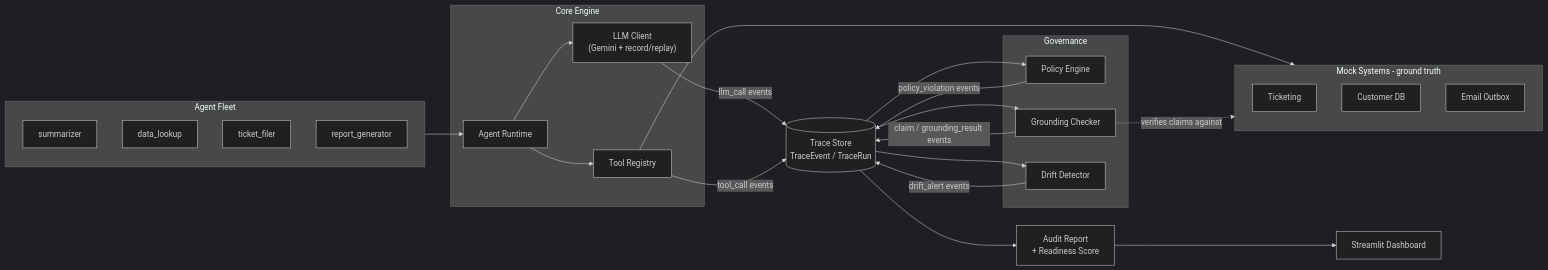
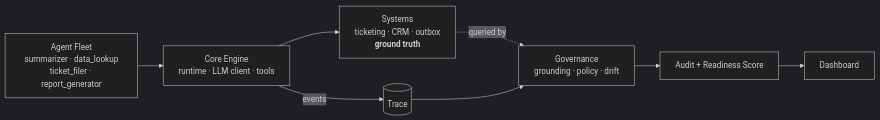
Before and after one commit to anindyakartik/Witness-AI: the diagram in README.md, drawn with Mermaid (dark theme). The commit also changed other lines of this file and 1 other file, not shown here.

````diff
--- a/README.md
+++ b/README.md
@@ -46,48 +53,9 @@
 ```mermaid
 flowchart LR
-    subgraph Fleet["Agent Fleet"]
-        A1[summarizer]
-        A2[data_lookup]
-        A3[ticket_filer]
-        A4[report_generator]
-    end
-
-    subgraph Core["Core Engine"]
-        RT[Agent Runtime]
-        LLM["LLM Client<br/>(Gemini + record/replay)"]
-        Tools[Tool Registry]
-    end
-
-    subgraph Mocks["Mock Systems - ground truth"]
-        M1[Ticketing]
-        M2[Customer DB]
-        M3[Email Outbox]
-    end
-
-    Trace[("Trace Store<br/>TraceEvent / TraceRun")]
-
-    subgraph Governance
-        Policy[Policy Engine]
-        Grounding[Grounding Checker]
-        Drift[Drift Detector]
-    end
-
-    Audit["Audit Report<br/>+ Readiness Score"]
-    Dashboard[Streamlit Dashboard]
-
-    Fleet --> RT
-    RT --> LLM
-    RT --> Tools
-    Tools --> Mocks
-    LLM -- llm_call events --> Trace
-    Tools -- tool_call events --> Trace
-    Trace --> Policy
-    Trace --> Grounding
-    Grounding -. verifies claims against .-> Mocks
-    Trace --> Drift
-    Policy -- policy_violation events --> Trace
-    Grounding -- claim / grounding_result events --> Trace
-    Drift -- drift_alert events --> Trace
-    Trace --> Audit
-    Audit --> Dashboard
+    Fleet["Agent Fleet<br/>summarizer · data_lookup<br/>ticket_filer · report_generator"] --> Core
+    Core["Core Engine<br/>runtime · LLM client · tools"] --> Mocks["Systems<br/>ticketing · CRM · outbox<br/><b>ground truth</b>"]
+    Core -- events --> Trace[("Trace")]
+    Mocks -. queried by .-> Gov
+    Trace --> Gov["Governance<br/>grounding · policy · drift"]
+    Gov --> Audit["Audit + Readiness Score"] --> Dash["Dashboard"]
 ```
````
